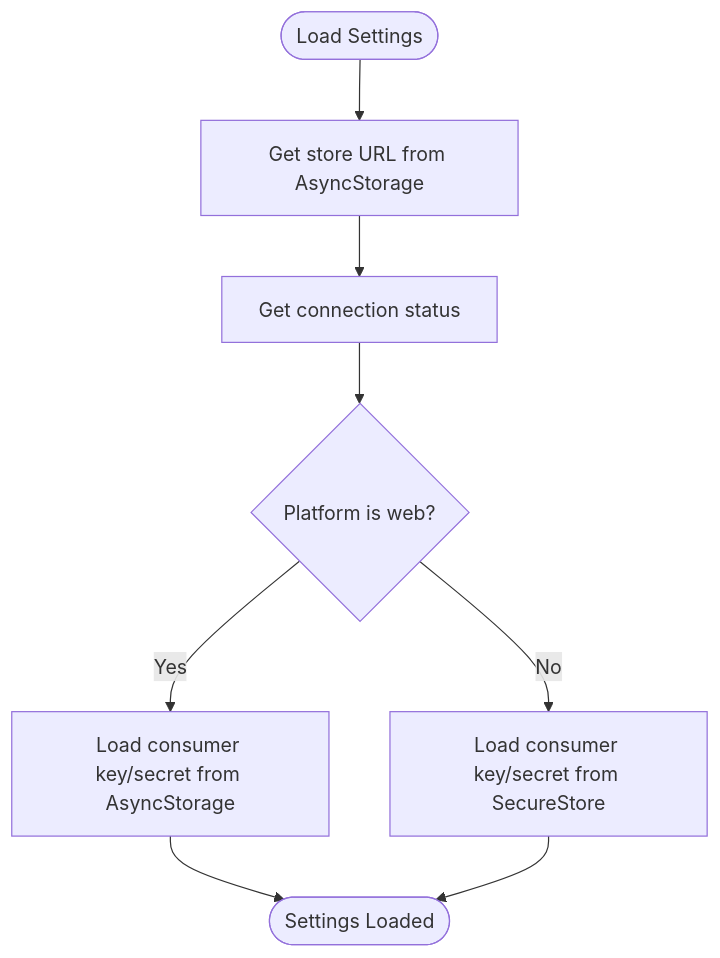
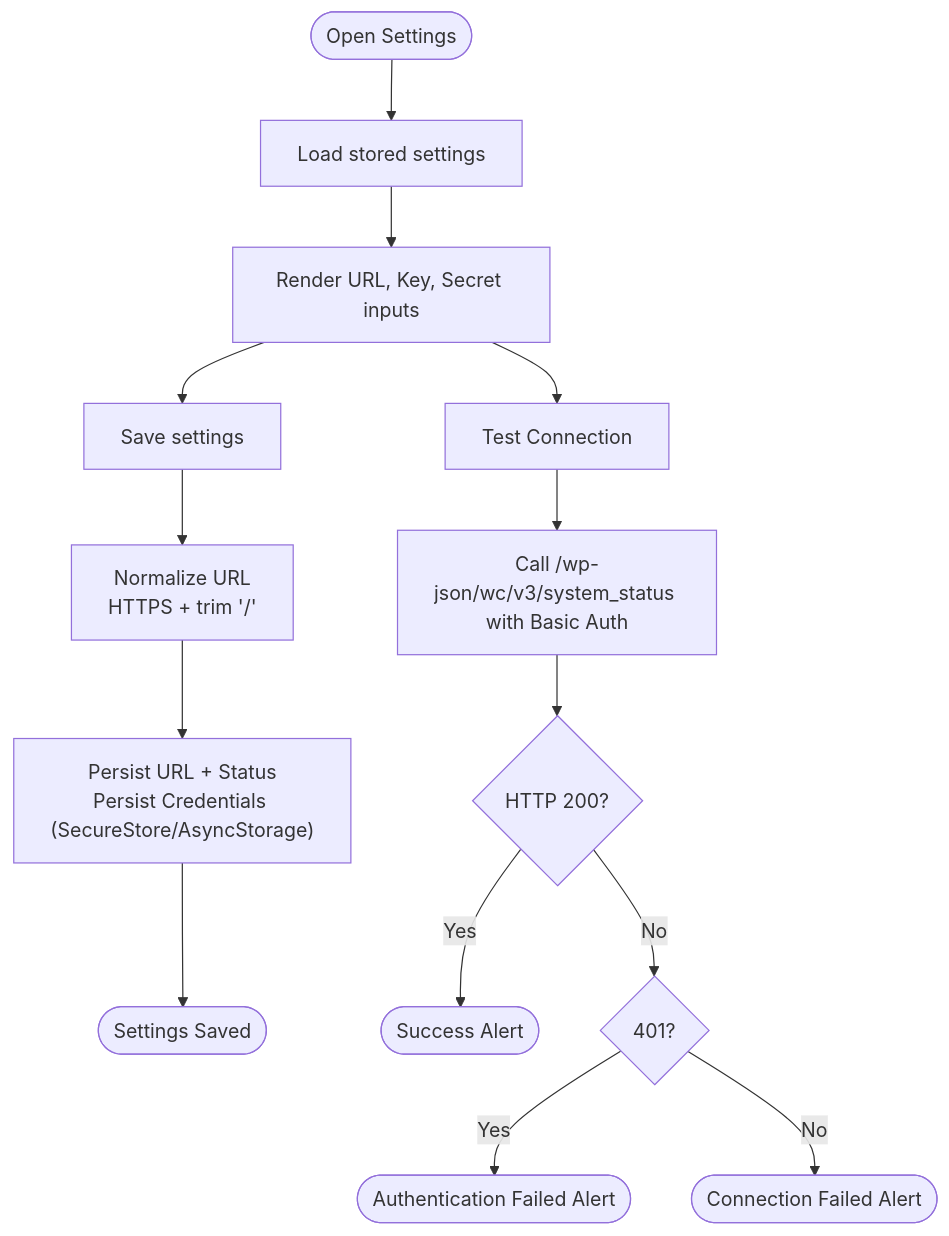
Before and after one commit to hunglevi87/Hidden-Gem: the third of 6 diagrams in .qoder/repowiki/en/content/Marketplace Integration/WooCommerce Integration.md, drawn with Mermaid. The commit also changed other lines of this file and 99 other files, not shown here.

````diff
--- a/.qoder/repowiki/en/content/Marketplace Integration/WooCommerce Integration.md
+++ b/.qoder/repowiki/en/content/Marketplace Integration/WooCommerce Integration.md
@@ -142,10 +144,16 @@
 ```mermaid
 flowchart TD
-Start(["Load Settings"]) --> GetURL["Get store URL from AsyncStorage"]
-GetURL --> GetStatus["Get connection status"]
-GetStatus --> Platform{"Platform is web?"}
-Platform --> |Yes| LoadWeb["Load consumer key/secret from AsyncStorage"]
-Platform --> |No| LoadNative["Load consumer key/secret from SecureStore"]
-LoadWeb --> Done(["Settings Loaded"])
-LoadNative --> Done
+Start(["Open Settings"]) --> Load["Load stored settings"]
+Load --> Form["Render URL, Key, Secret inputs"]
+Form --> Save["Save settings"]
+Save --> Normalize["Normalize URL<br/>HTTPS + trim '/'"]
+Normalize --> Persist["Persist URL + Status<br/>Persist Credentials (SecureStore/AsyncStorage)"]
+Persist --> Done(["Settings Saved"])
+Form --> Test["Test Connection"]
+Test --> CallAPI["Call /wp-json/wc/v3/system_status with Basic Auth"]
+CallAPI --> Resp{"HTTP 200?"}
+Resp --> |Yes| Success(["Success Alert"])
+Resp --> |No| AuthFail{"401?"}
+AuthFail --> |Yes| CredsErr(["Authentication Failed Alert"])
+AuthFail --> |No| ConnErr(["Connection Failed Alert"])
 ```
````
